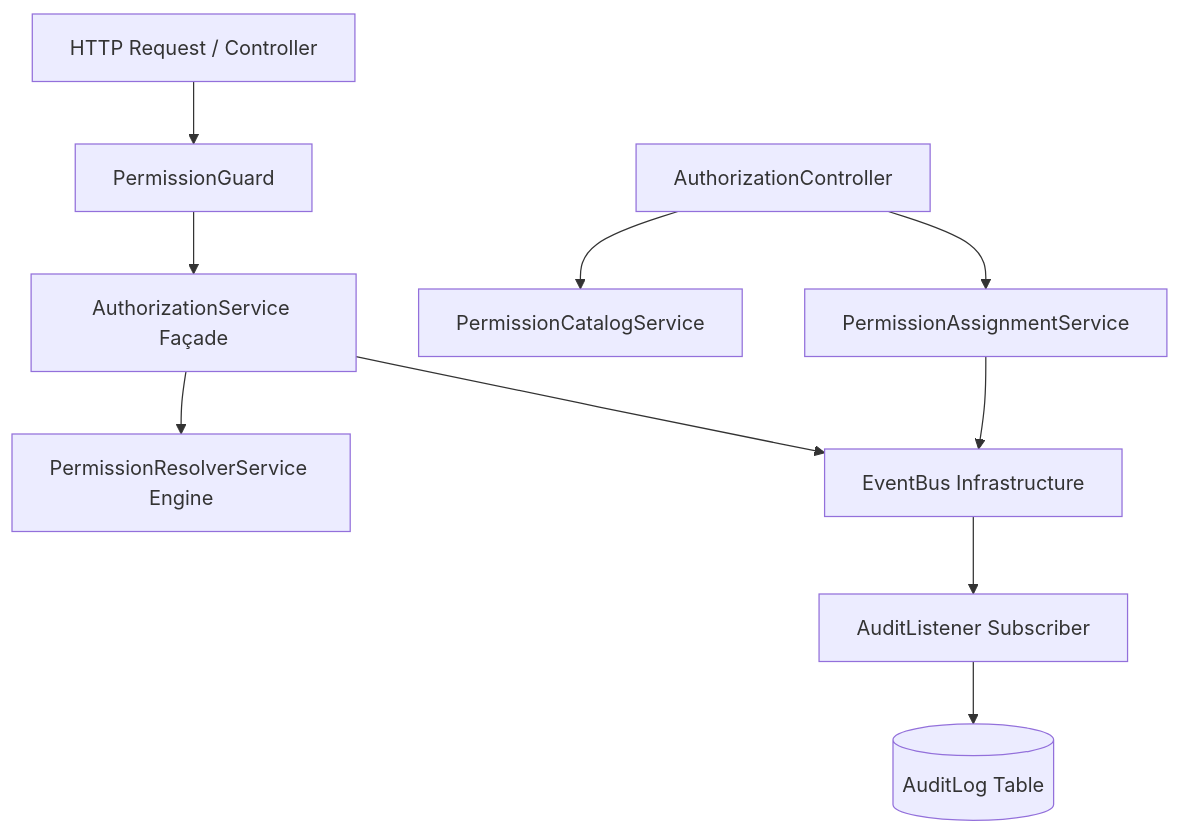
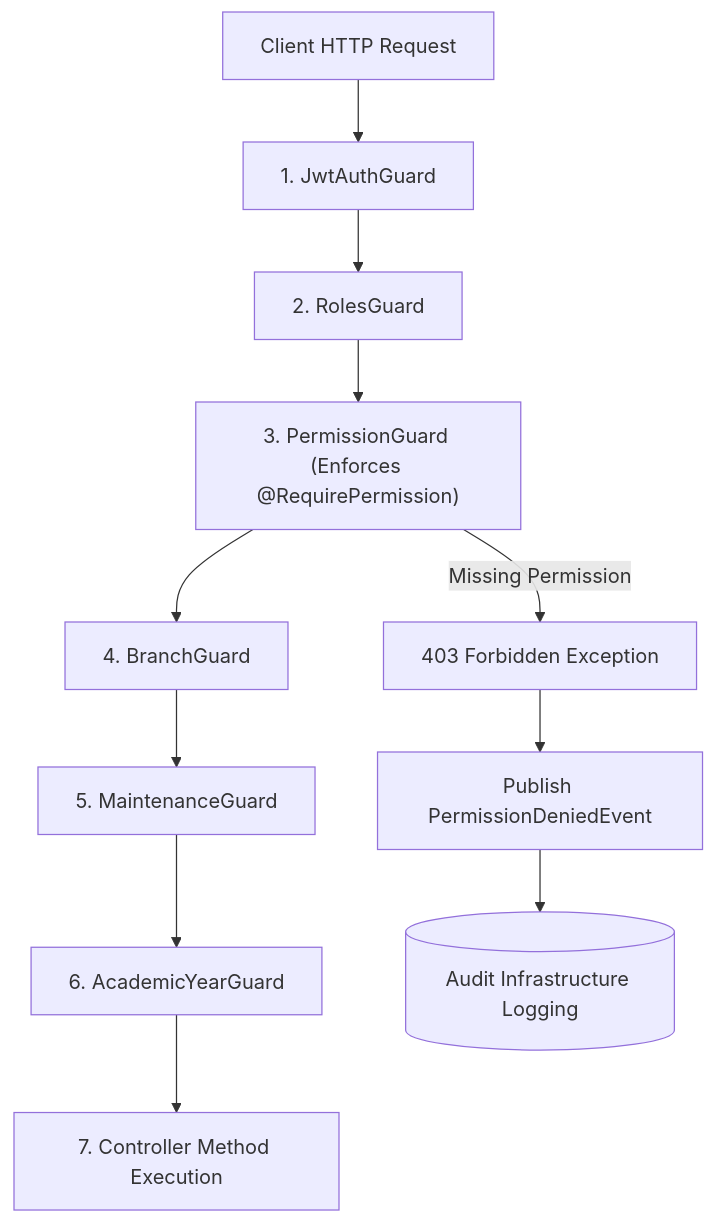
The diagram in backend/docs/core/authorization.md (Anandupy/smartERP), drawn with Mermaid before and after one commit. The commit also changed other lines of this file, not shown here.

Commit message:
docs(authz): document authorization enforcement

````diff
--- a/backend/docs/core/authorization.md
+++ b/backend/docs/core/authorization.md
@@ -11,15 +11,14 @@
 ```mermaid
-graph TD
-    Client[HTTP Request / Controller] --> Guard[PermissionGuard]
-    Guard --> AuthzFaçade[AuthorizationService Façade]
-    AuthzFaçade --> Resolver[PermissionResolverService Engine]
-    
-    AdminController[AuthorizationController] --> CatalogService[PermissionCatalogService]
-    AdminController --> AssignmentService[PermissionAssignmentService]
-    
-    AssignmentService --> EventBus[EventBus Infrastructure]
-    AuthzFaçade --> EventBus
-    
-    EventBus --> AuditListener[AuditListener Subscriber]
-    AuditListener --> AuditLog[(AuditLog Table)]
+flowchart TD
+    Client[Client HTTP Request] --> JwtGuard[1. JwtAuthGuard]
+    JwtGuard --> RolesGuard[2. RolesGuard]
+    RolesGuard --> PermGuard["3. PermissionGuard (Enforces @RequirePermission)"]
+    PermGuard --> BranchGuard[4. BranchGuard]
+    BranchGuard --> MaintGuard[5. MaintenanceGuard]
+    MaintGuard --> AcadGuard[6. AcademicYearGuard]
+    AcadGuard --> Controller[7. Controller Method Execution]
+
+    PermGuard -- Missing Permission --> Forbidden[403 Forbidden Exception]
+    Forbidden --> EventBus[Publish PermissionDeniedEvent]
+    EventBus --> AuditLog[(Audit Infrastructure Logging)]
 ```
````
